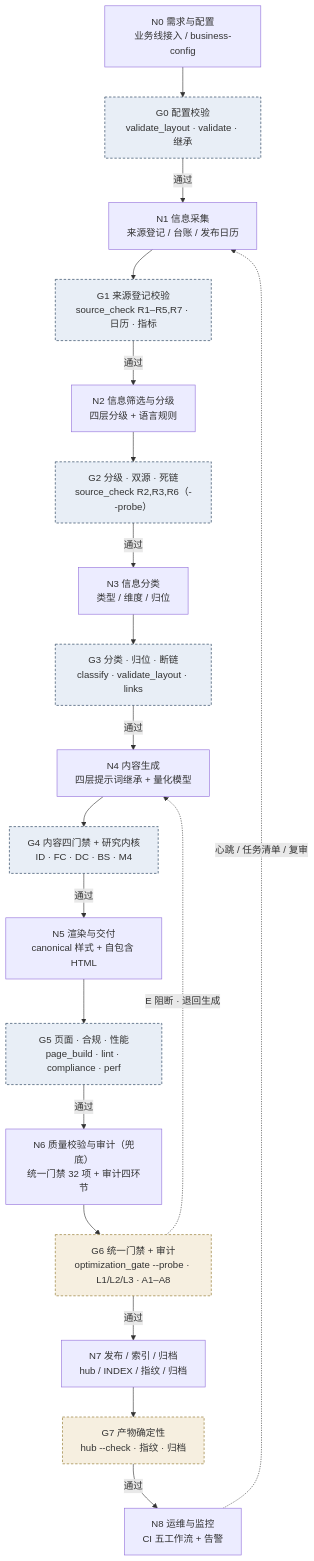
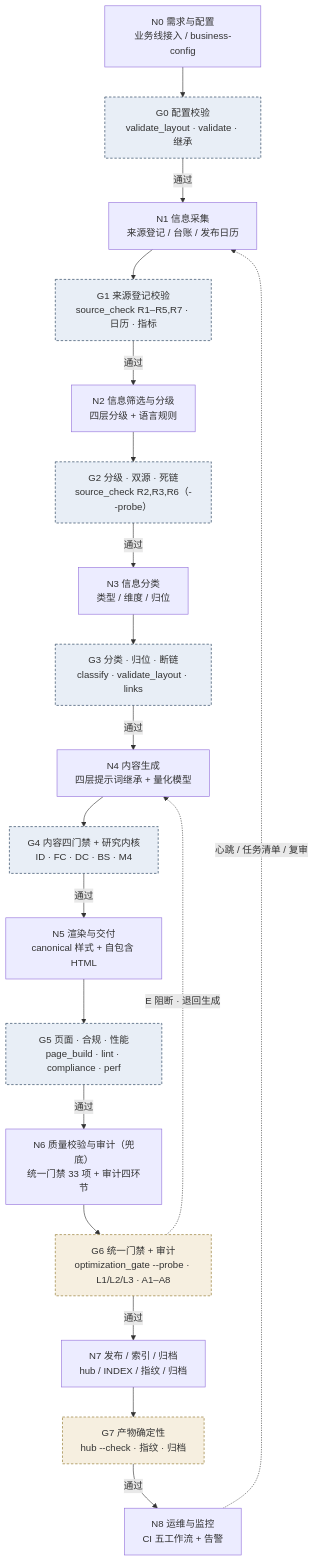
One commit to hmbphxkw76-byte/tech-context-digest changed the first of 4 diagrams in engine/docs/report-pipeline-system.md. Above: the diagram before and after it, drawn with Mermaid. The commit also changed other lines of this file and 23 other files, not shown here.

````diff
--- a/engine/docs/report-pipeline-system.md
+++ b/engine/docs/report-pipeline-system.md
@@ -28,25 +28,25 @@
 ```mermaid
 flowchart TD
     N0["N0 需求与配置<br/>业务线接入 / business-config"] --> G0["G0 配置校验<br/>validate_layout · validate · 继承"]
     G0 -->|通过| N1["N1 信息采集<br/>来源登记 / 台账 / 发布日历"]
     N1 --> G1["G1 来源登记校验<br/>source_check R1–R5,R7 · 日历 · 指标"]
     G1 -->|通过| N2["N2 信息筛选与分级<br/>四层分级 + 语言规则"]
     N2 --> G2["G2 分级 · 双源 · 死链<br/>source_check R2,R3,R6（--probe）"]
     G2 -->|通过| N3["N3 信息分类<br/>类型 / 维度 / 归位"]
     N3 --> G3["G3 分类 · 归位 · 断链<br/>classify · validate_layout · links"]
     G3 -->|通过| N4["N4 内容生成<br/>四层提示词继承 + 量化模型"]
     N4 --> G4["G4 内容四门禁 + 研究内核<br/>ID · FC · DC · BS · M4"]
     G4 -->|通过| N5["N5 渲染与交付<br/>canonical 样式 + 自包含 HTML"]
     N5 --> G5["G5 页面 · 合规 · 性能<br/>page_build · lint · compliance · perf"]
-    G5 -->|通过| N6["N6 质量校验与审计（兜底）<br/>统一门禁 32 项 + 审计四环节"]
+    G5 -->|通过| N6["N6 质量校验与审计（兜底）<br/>统一门禁 33 项 + 审计四环节"]
     N6 --> G6["G6 统一门禁 + 审计<br/>optimization_gate --probe · L1/L2/L3 · A1–A8"]
     G6 -->|通过| N7["N7 发布 / 索引 / 归档<br/>hub / INDEX / 指纹 / 归档"]
     N7 --> G7["G7 产物确定性<br/>hub --check · 指纹 · 归档"]
     G7 -->|通过| N8["N8 运维与监控<br/>CI 五工作流 + 告警"]
     N8 -. "心跳 / 任务清单 / 复审" .-> N1
     G6 -. "E 阻断 · 退回生成" .-> N4
     classDef shift fill:#e8eef6,stroke:#16324f,stroke-dasharray:4 3;
     classDef backstop fill:#f6efe0,stroke:#8a6d1f,stroke-dasharray:4 3;
     class G0,G1,G2,G3,G4,G5 shift;
     class G6,G7,G8 backstop;
 ```
````
